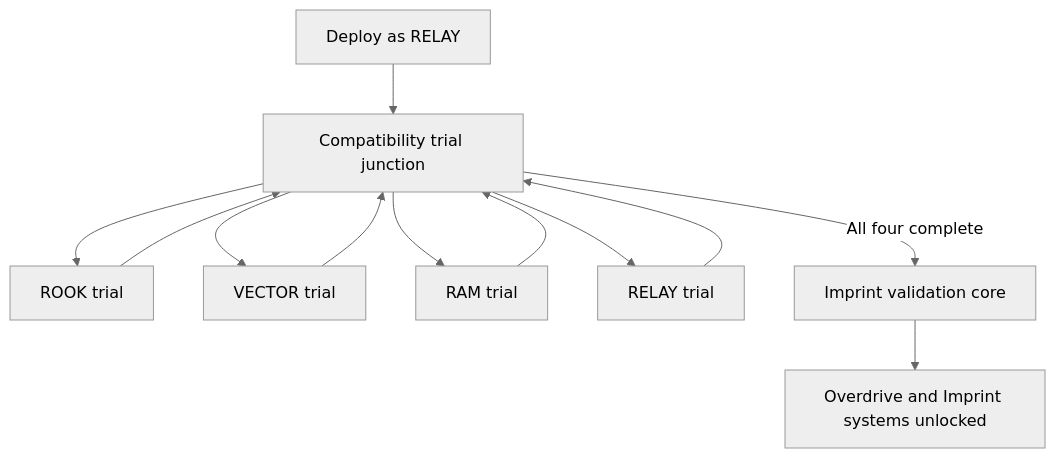
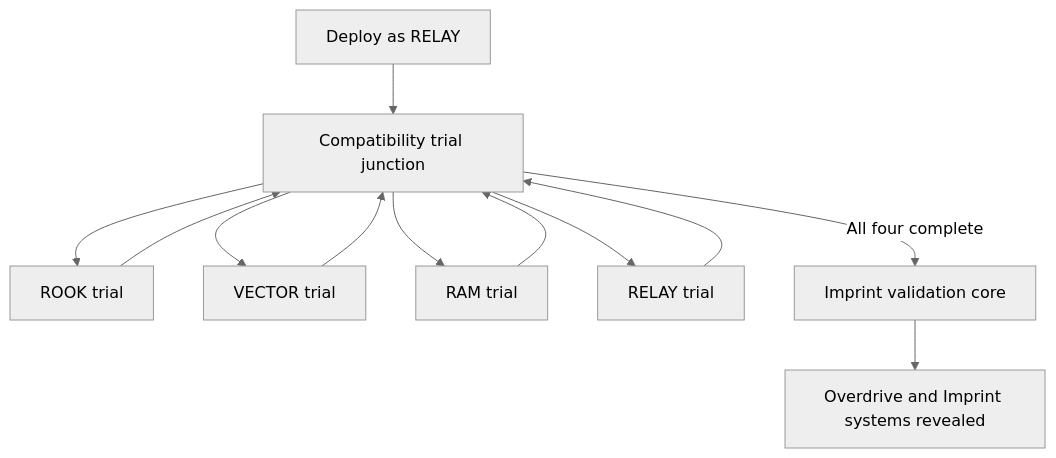
One commit to justgook/imprint-zero changed the diagram in missions/m05.md. Above: the diagram before and after it, drawn with Mermaid (neutral theme). The commit also changed other lines of this file and 41 other files, not shown here.

````diff
--- a/missions/m05.md
+++ b/missions/m05.md
@@ -18,14 +18,14 @@
 ```mermaid
 flowchart TD
     Entry[Deploy as RELAY] --> Hub[Compatibility trial junction]
     Hub --> Rook[ROOK trial]
     Hub --> Vector[VECTOR trial]
     Hub --> Ram[RAM trial]
     Hub --> Relay[RELAY trial]
     Rook --> Hub
     Vector --> Hub
     Ram --> Hub
     Relay --> Hub
     Hub -->|All four complete| Core[Imprint validation core]
-    Core --> Unlock[Overdrive and Imprint systems unlocked]
+    Core --> Unlock[Overdrive and Imprint systems revealed]
 ```
````
